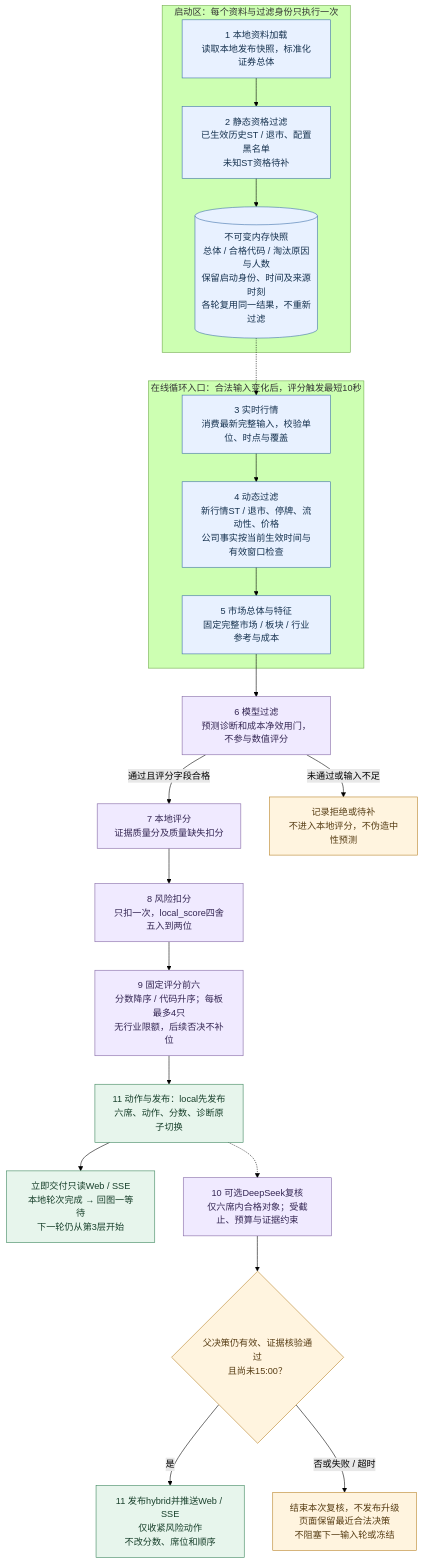
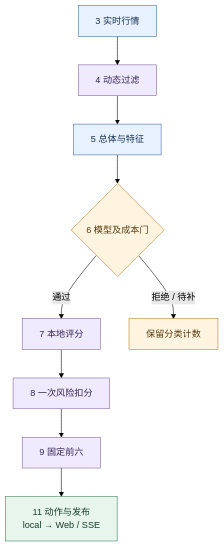
The third of 5 diagrams in docs/1_评分逻辑.md (373699756/trader), drawn with Mermaid (forest theme) before and after one commit. The commit also changed other lines of this file and 7 other files, not shown here.

````diff
--- a/docs/1_评分逻辑.md
+++ b/docs/1_评分逻辑.md
@@ -74,32 +87,19 @@
 ```mermaid
 flowchart TD
-    subgraph Startup["启动区：每个资料与过滤身份只执行一次"]
-        A["1 本地资料加载<br/>读取本地发布快照，标准化证券总体"] --> B["2 静态资格过滤<br/>已生效历史ST / 退市、配置黑名单<br/>未知ST资格待补"]
-        B --> Memory[("不可变内存快照<br/>总体 / 合格代码 / 淘汰原因与人数<br/>保留启动身份、时间及来源时刻<br/>各轮复用同一结果，不重新过滤")]
-    end
-    Memory -.-> C
-    subgraph Inputs["在线循环入口：合法输入变化后，评分触发最短10秒"]
-        C["3 实时行情<br/>消费最新完整输入，校验单位、时点与覆盖"]
-        C --> D["4 动态过滤<br/>新行情ST / 退市、停牌、流动性、价格<br/>公司事实按当前生效时间与有效窗口检查"]
-        D --> E["5 市场总体与特征<br/>固定完整市场 / 板块 / 行业参考与成本"]
-    end
-    E --> F["6 模型过滤<br/>预测诊断和成本净效用门，不参与数值评分"]
-    F -->|通过且评分字段合格| G["7 本地评分<br/>证据质量分及质量缺失扣分"]
-    F -->|未通过或输入不足| Reject["记录拒绝或待补<br/>不进入本地评分，不伪造中性预测"]
-    G --> H["8 风险扣分<br/>只扣一次，local_score四舍五入到两位"]
-    H --> I["9 固定评分前六<br/>分数降序 / 代码升序；每板最多4只<br/>无行业限额，后续否决不补位"]
-    I --> K["11 动作与发布：local先发布<br/>六席、动作、分数、诊断原子切换"]
-    K --> View["立即交付只读Web / SSE<br/>本地轮次完成 → 回图一等待<br/>下一轮仍从第3层开始"]
-    K -.-> J["10 可选DeepSeek复核<br/>仅六席内合格对象；受截止、预算与证据约束"]
-    J --> Valid{"父决策仍有效、证据核验通过<br/>且尚未15:00？"}
-    Valid -->|是| Upgrade["11 发布hybrid并推送Web / SSE<br/>仅收紧风险动作<br/>不改分数、席位和顺序"]
-    Valid -->|否或失败 / 超时| Discard["结束本次复核，不发布升级<br/>页面保留最近合法决策<br/>不阻塞下一输入轮或冻结"]
+    C["3 实时行情"] --> D["4 动态过滤"]
+    D --> E["5 总体与特征"]
+    E --> F{"6 模型及成本门"}
+    F -->|通过| G["7 本地评分"]
+    F -->|拒绝 / 待补| Reject["保留分类计数"]
+    G --> H["8 一次风险扣分"]
+    H --> I["9 固定前六"]
+    I --> K["11 动作与发布<br/>local → Web / SSE"]
     classDef input fill:#e8f1ff,stroke:#3b6ea8,color:#16324f;
     classDef work fill:#f0eaff,stroke:#8064a2,color:#342653;
     classDef result fill:#e7f5ec,stroke:#39845a,color:#173f2a;
     classDef gate fill:#fff4df,stroke:#b78126,color:#563c13;
-    class A,B,Memory,C,D,E input;
-    class F,G,H,I,J work;
-    class K,Upgrade,View result;
-    class Reject,Valid,Discard gate;
+    class C,E input;
+    class D,G,H,I work;
+    class K result;
+    class F,Reject gate;
 ```
````
